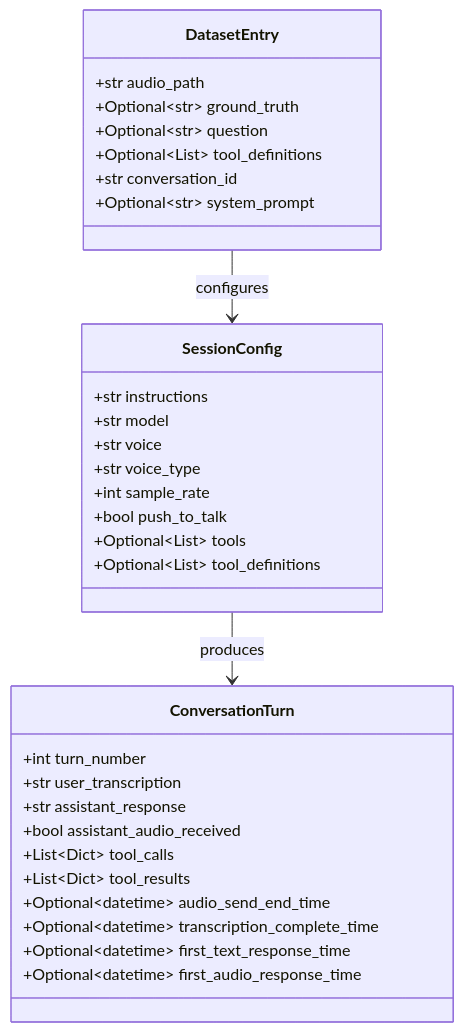
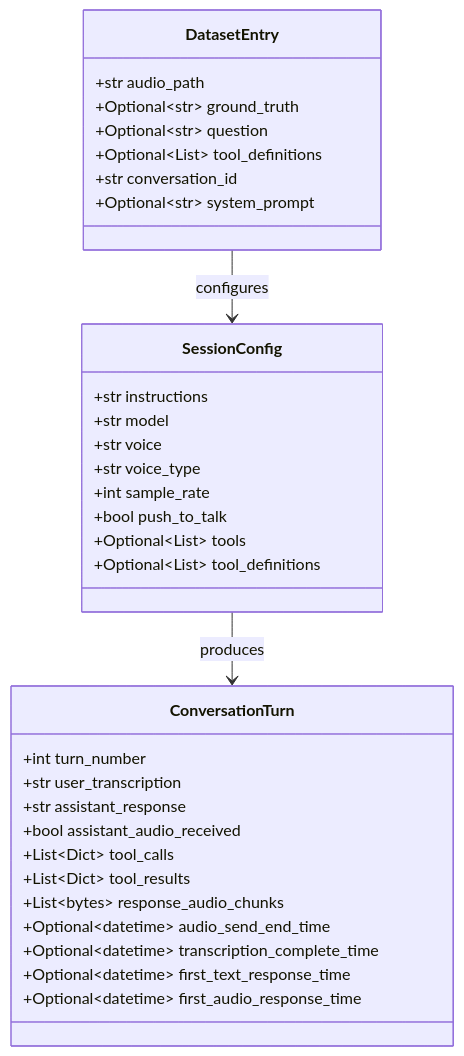
The second of 7 diagrams in prototype_v1/ARCHITECTURE.md (microsoft-foundry/voicelive-evaluation), drawn with Mermaid before and after one commit. The commit also changed other lines of this file and 2 other files, not shown here.

````diff
--- a/prototype_v1/ARCHITECTURE.md
+++ b/prototype_v1/ARCHITECTURE.md
@@ -33,35 +33,36 @@
 ```mermaid
 classDiagram
     class SessionConfig {
         +str instructions
         +str model
         +str voice
         +str voice_type
         +int sample_rate
         +bool push_to_talk
         +Optional~List~ tools
         +Optional~List~ tool_definitions
     }
     class ConversationTurn {
         +int turn_number
         +str user_transcription
         +str assistant_response
         +bool assistant_audio_received
         +List~Dict~ tool_calls
         +List~Dict~ tool_results
+        +List~bytes~ response_audio_chunks
         +Optional~datetime~ audio_send_end_time
         +Optional~datetime~ transcription_complete_time
         +Optional~datetime~ first_text_response_time
         +Optional~datetime~ first_audio_response_time
     }
     class DatasetEntry {
         +str audio_path
         +Optional~str~ ground_truth
         +Optional~str~ question
         +Optional~List~ tool_definitions
         +str conversation_id
         +Optional~str~ system_prompt
     }
     DatasetEntry --> SessionConfig : configures
     SessionConfig --> ConversationTurn : produces
 ```
````
